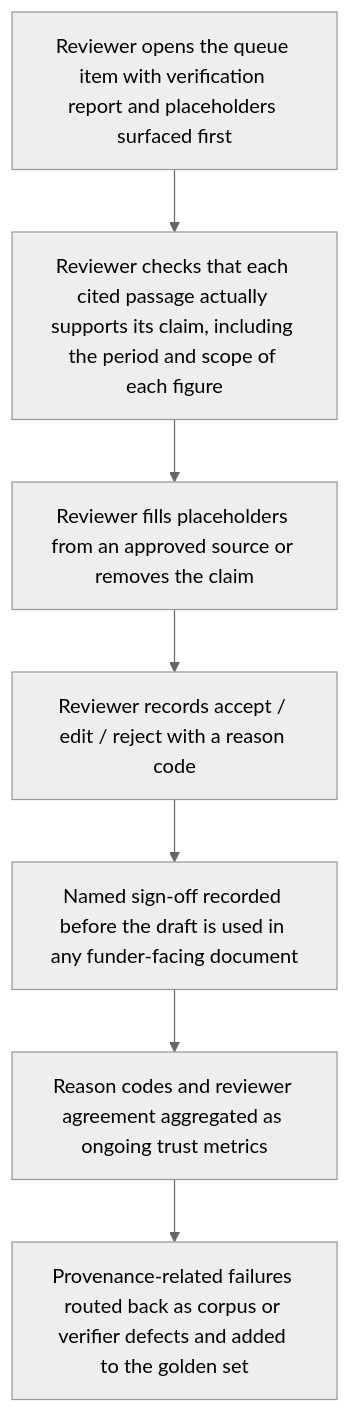
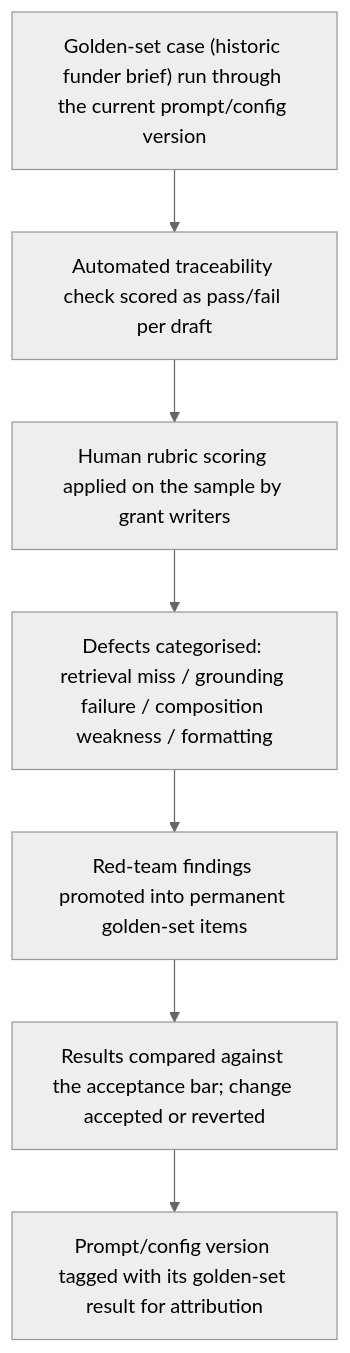
The third of 3 diagrams in docs/samples/grant-proposal-assembly.md (shanelabountyai/use-case-studio), drawn with Mermaid (neutral theme) before and after one commit. The commit also changed other lines of this file and 3 other files, not shown here.

````diff
--- a/docs/samples/grant-proposal-assembly.md
+++ b/docs/samples/grant-proposal-assembly.md
@@ -121,16 +116,16 @@
 ```mermaid
 flowchart TD
-  n2_0["Reviewer opens the queue item with verification report and placeholders surfaced first"]
-  n2_1["Reviewer checks that each cited passage actually supports its claim, including the period and scope of each figure"]
-  n2_2["Reviewer fills placeholders from an approved source or removes the claim"]
-  n2_3["Reviewer records accept / edit / reject with a reason code"]
-  n2_4["Named sign-off recorded before the draft is used in any funder-facing document"]
-  n2_5["Reason codes and reviewer agreement aggregated as ongoing trust metrics"]
-  n2_6["Provenance-related failures routed back as corpus or verifier defects and added to the golden set"]
+  n2_0["Golden-set case (historic funder brief) run through the current prompt/config version"]
+  n2_1["Automated traceability check scored as pass/fail per draft"]
+  n2_2["Human rubric scoring applied on the sample by grant writers"]
+  n2_3["Defects categorised: retrieval miss / grounding failure / composition weakness / formatting"]
+  n2_4["Red-team findings promoted into permanent golden-set items"]
+  n2_5["Results compared against the acceptance bar; change accepted or reverted"]
+  n2_6["Prompt/config version tagged with its golden-set result for attribution"]
   n2_0 --> n2_1
   n2_1 --> n2_2
   n2_2 --> n2_3
   n2_3 --> n2_4
   n2_4 --> n2_5
   n2_5 --> n2_6
 ```
````
